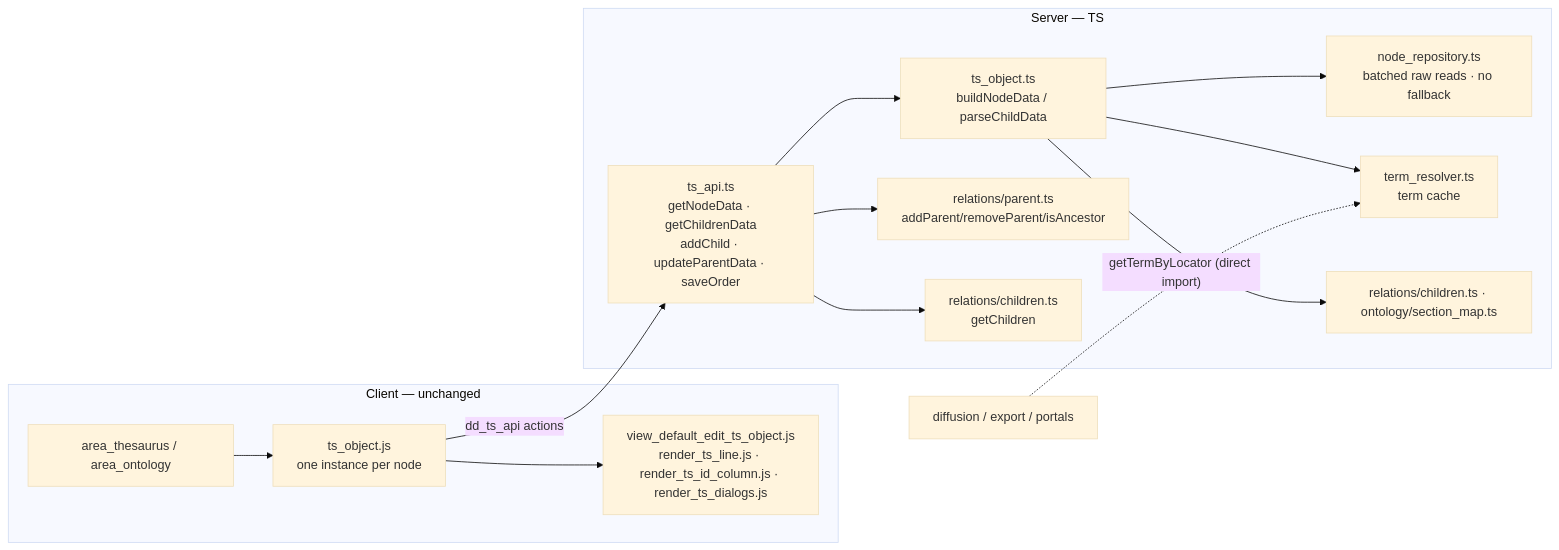
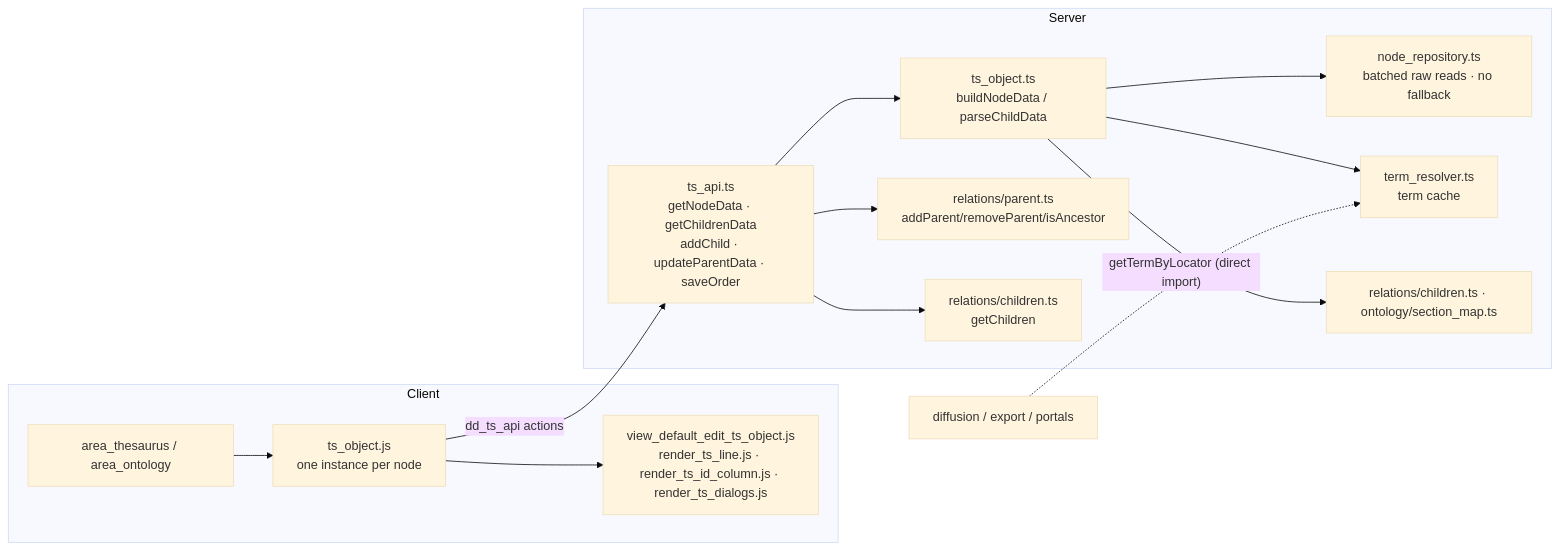
Before and after one commit to renderpci/dedalo: the diagram in docs/core/ontology/ts_object.md, drawn with Mermaid (base theme). The commit also changed other lines of this file and 7 other files, not shown here.

````diff
--- a/docs/core/ontology/ts_object.md
+++ b/docs/core/ontology/ts_object.md
@@ -388,18 +365,18 @@
 ```mermaid
 flowchart LR
-    subgraph client [Client — unchanged]
+    subgraph client [Client]
         AT[area_thesaurus / area_ontology] --> TSJS[ts_object.js<br/>one instance per node]
         TSJS --> V[view_default_edit_ts_object.js<br/>render_ts_line.js · render_ts_id_column.js · render_ts_dialogs.js]
     end
-    subgraph server [Server — TS]
+    subgraph server [Server]
         API[ts_api.ts<br/>getNodeData · getChildrenData<br/>addChild · updateParentData · saveOrder]
         API --> TSMOD[ts_object.ts<br/>buildNodeData / parseChildData]
         TSMOD --> REPO[node_repository.ts<br/>batched raw reads · no fallback]
         TSMOD --> TERM[term_resolver.ts<br/>term cache]
         TSMOD --> SEC["relations/children.ts · ontology/section_map.ts"]
         API --> PARENT[relations/parent.ts<br/>addParent/removeParent/isAncestor]
         API --> CHILD[relations/children.ts<br/>getChildren]
     end
     TSJS -- "dd_ts_api actions" --> API
     DIFF[diffusion / export / portals] -. "getTermByLocator (direct import)" .-> TERM
 ```
````
